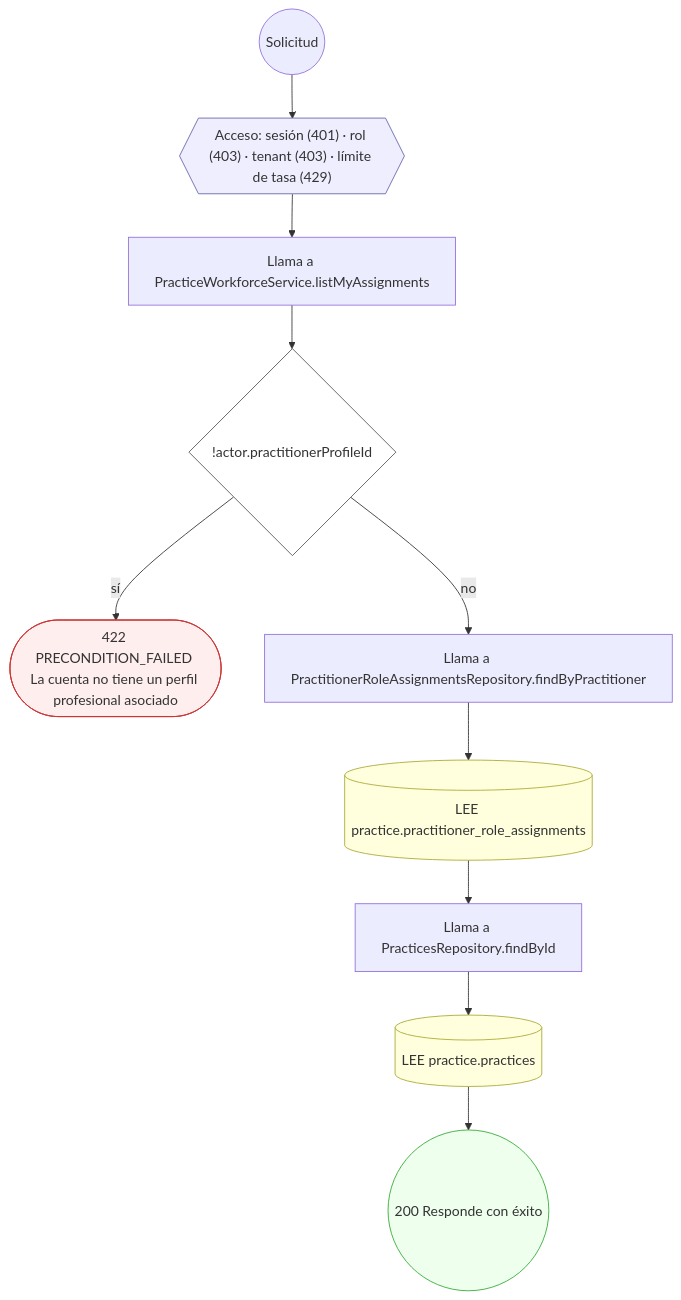
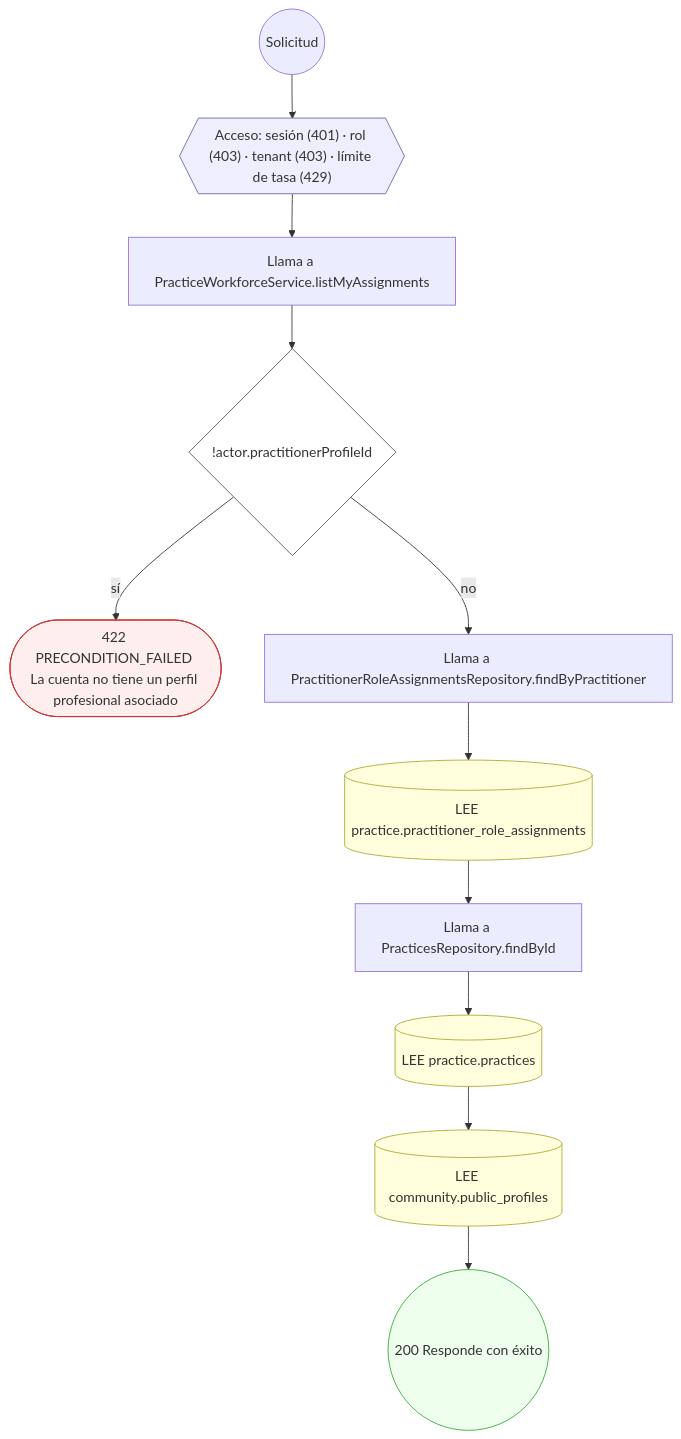
Diagram 17 of 30 in docs/inventario/flujos/practice.md (mdavila-2001/mantra-core-health-api), drawn with Mermaid before and after one commit. The commit also changed other lines of this file and 451 other files, not shown here.

````diff
--- a/docs/inventario/flujos/practice.md
+++ b/docs/inventario/flujos/practice.md
@@ -1008,28 +1116,30 @@
 ```mermaid
 flowchart TD
   n1(("Solicitud")):::inicio
   n2{{"Acceso: sesión (401) · rol (403) · tenant (403) · límite de tasa (429)"}}:::acceso
   n1 --> n2
   n3["Llama a PracticeWorkforceService.listMyAssignments"]:::llamada
   n2 --> n3
   n4{"!actor.practitionerProfileId"}:::decision
   n3 --> n4
   n5(["422 PRECONDITION_FAILED La cuenta no tiene un perfil profesional asociado"]):::error
   n4 -->|"sí"| n5
   n6["Llama a PractitionerRoleAssignmentsRepository.findByPractitioner"]:::llamada
   n4 -->|"no"| n6
   n7[("LEE practice.practitioner_role_assignments")]:::efecto
   n6 --> n7
   n8["Llama a PracticesRepository.findById"]:::llamada
   n7 --> n8
   n9[("LEE practice.practices")]:::efecto
   n8 --> n9
-  n10(("200 Responde con éxito")):::ok
+  n10[("LEE community.public_profiles")]:::efecto
   n9 --> n10
+  n11(("200 Responde con éxito")):::ok
+  n10 --> n11
   classDef acceso fill:#eef,stroke:#66a
   classDef error fill:#fee,stroke:#c33
   classDef ok fill:#efe,stroke:#3a3
   classDef efecto fill:#ffd,stroke:#aa3
   classDef decision fill:#fff,stroke:#555
   classDef corte fill:#eee,stroke:#999,stroke-dasharray: 4
 ```
````
